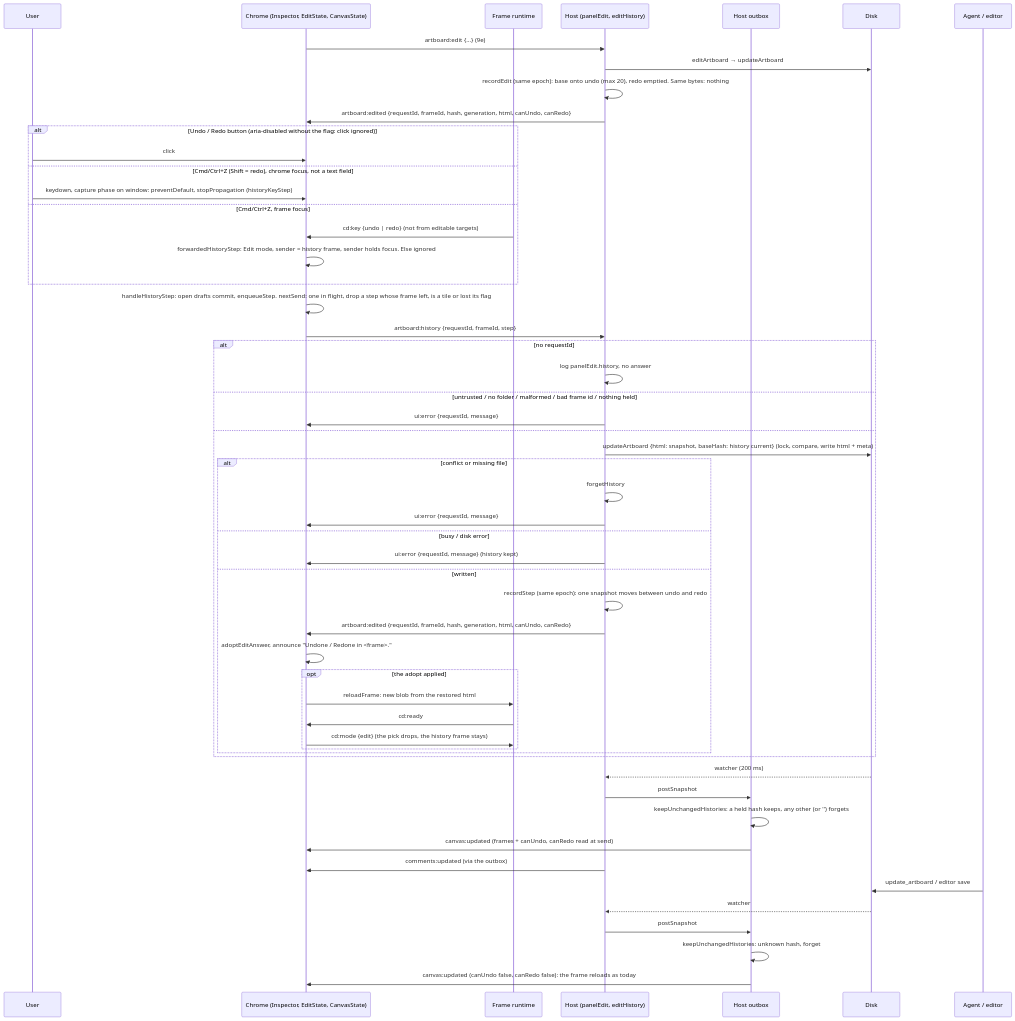
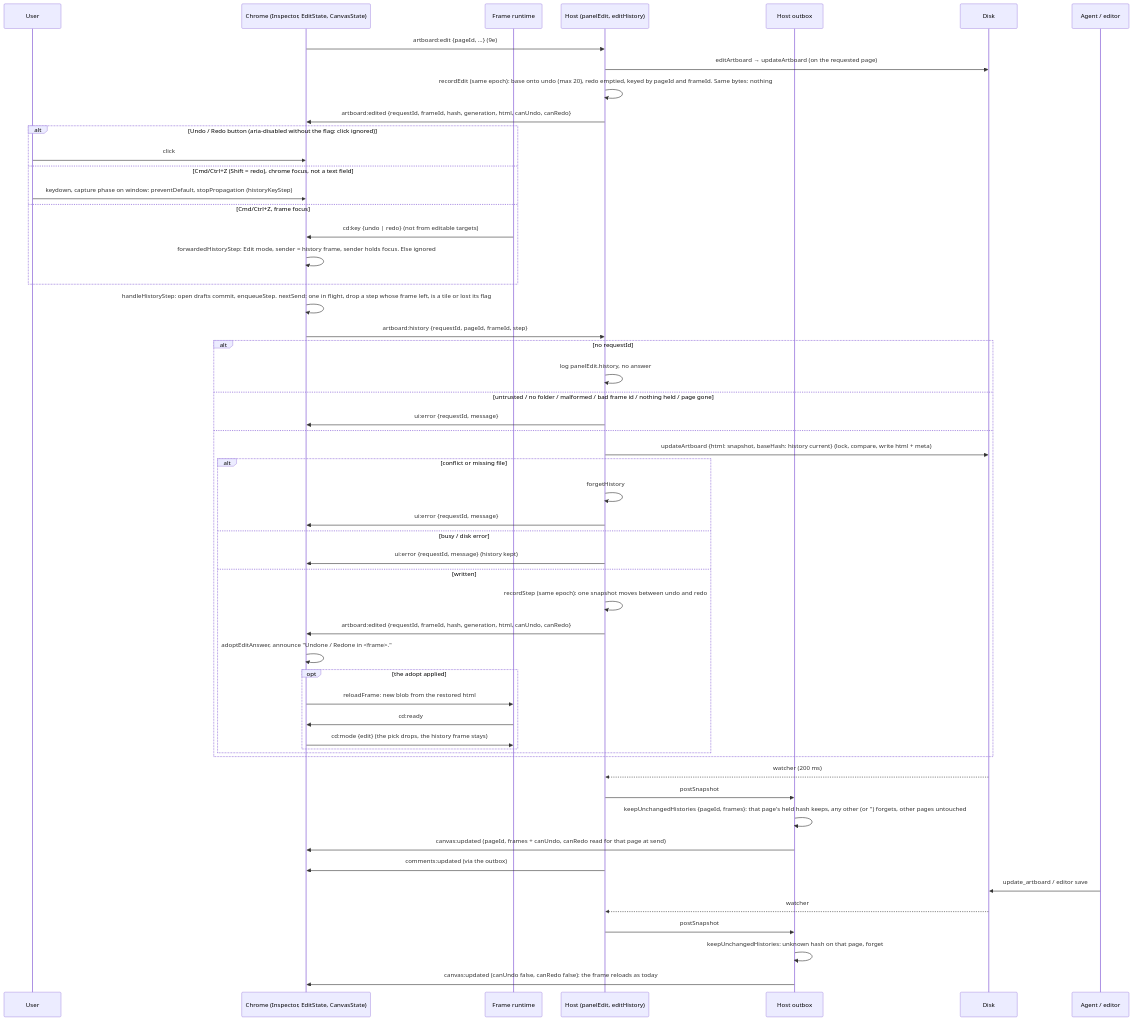
Diagram 11 of 16 in blueprint/context/system-map.md (MarekBombera/cursor-design-extension), drawn with Mermaid before and after one commit. The commit also changed other lines of this file and 60 other files, not shown here.

````diff
--- a/blueprint/context/system-map.md
+++ b/blueprint/context/system-map.md
@@ -563,56 +628,56 @@
 ```mermaid
 sequenceDiagram
   participant U as User
   participant C as Chrome (Inspector, EditState, CanvasState)
   participant F as Frame runtime
   participant H as Host (panelEdit, editHistory)
   participant O as Host outbox
   participant D as Disk
   participant A as Agent / editor
-  C->>H: artboard:edit {…} (9e)
-  H->>D: editArtboard → updateArtboard
-  H->>H: recordEdit (same epoch): base onto undo (max 20), redo emptied. Same bytes: nothing
+  C->>H: artboard:edit {pageId, …} (9e)
+  H->>D: editArtboard → updateArtboard (on the requested page)
+  H->>H: recordEdit (same epoch): base onto undo (max 20), redo emptied, keyed by pageId and frameId. Same bytes: nothing
   H->>C: artboard:edited {requestId, frameId, hash, generation, html, canUndo, canRedo}
   alt Undo / Redo button (aria-disabled without the flag: click ignored)
     U->>C: click
   else Cmd/Ctrl+Z (Shift = redo), chrome focus, not a text field
     U->>C: keydown, capture phase on window: preventDefault, stopPropagation (historyKeyStep)
   else Cmd/Ctrl+Z, frame focus
     F->>C: cd:key {undo | redo} (not from editable targets)
     C->>C: forwardedHistoryStep: Edit mode, sender = history frame, sender holds focus. Else ignored
   end
   C->>C: handleHistoryStep: open drafts commit, enqueueStep. nextSend: one in flight, drop a step whose frame left, is a tile or lost its flag
-  C->>H: artboard:history {requestId, frameId, step}
+  C->>H: artboard:history {requestId, pageId, frameId, step}
   alt no requestId
     H->>H: log panelEdit.history, no answer
-  else untrusted / no folder / malformed / bad frame id / nothing held
+  else untrusted / no folder / malformed / bad frame id / nothing held / page gone
     H->>C: ui:error {requestId, message}
   else
     H->>D: updateArtboard {html: snapshot, baseHash: history current} (lock, compare, write html + meta)
     alt conflict or missing file
       H->>H: forgetHistory
       H->>C: ui:error {requestId, message}
     else busy / disk error
       H->>C: ui:error {requestId, message} (history kept)
     else written
       H->>H: recordStep (same epoch): one snapshot moves between undo and redo
       H->>C: artboard:edited {requestId, frameId, hash, generation, html, canUndo, canRedo}
       C->>C: adoptEditAnswer, announce "Undone / Redone in <frame>."
       opt the adopt applied
         C->>F: reloadFrame: new blob from the restored html
         F->>C: cd:ready
         C->>F: cd:mode {edit} (the pick drops, the history frame stays)
       end
     end
   end
   D-->>H: watcher (200 ms)
   H->>O: postSnapshot
-  O->>O: keepUnchangedHistories: a held hash keeps, any other (or '') forgets
-  O->>C: canvas:updated (frames + canUndo, canRedo read at send)
+  O->>O: keepUnchangedHistories {pageId, frames}: that page's held hash keeps, any other (or '') forgets, other pages untouched
+  O->>C: canvas:updated (pageId, frames + canUndo, canRedo read for that page at send)
   H->>C: comments:updated (via the outbox)
   A->>D: update_artboard / editor save
   D-->>H: watcher
   H->>O: postSnapshot
-  O->>O: keepUnchangedHistories: unknown hash, forget
+  O->>O: keepUnchangedHistories: unknown hash on that page, forget
   O->>C: canvas:updated (canUndo false, canRedo false): the frame reloads as today
 ```
````
